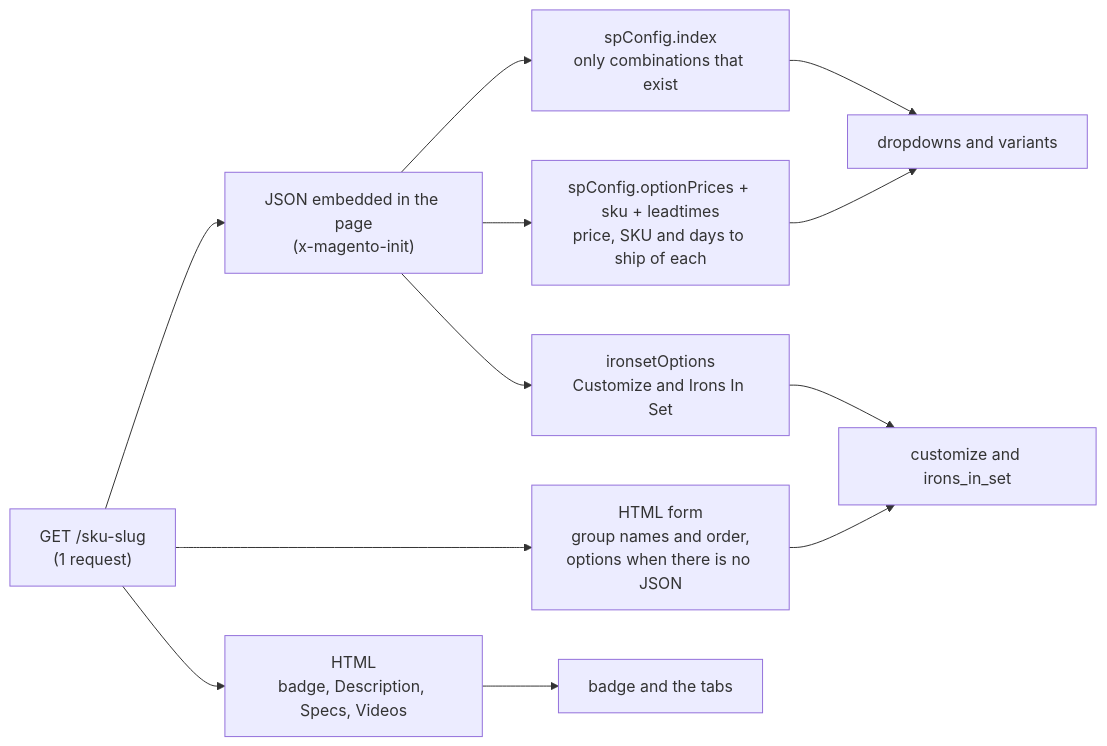
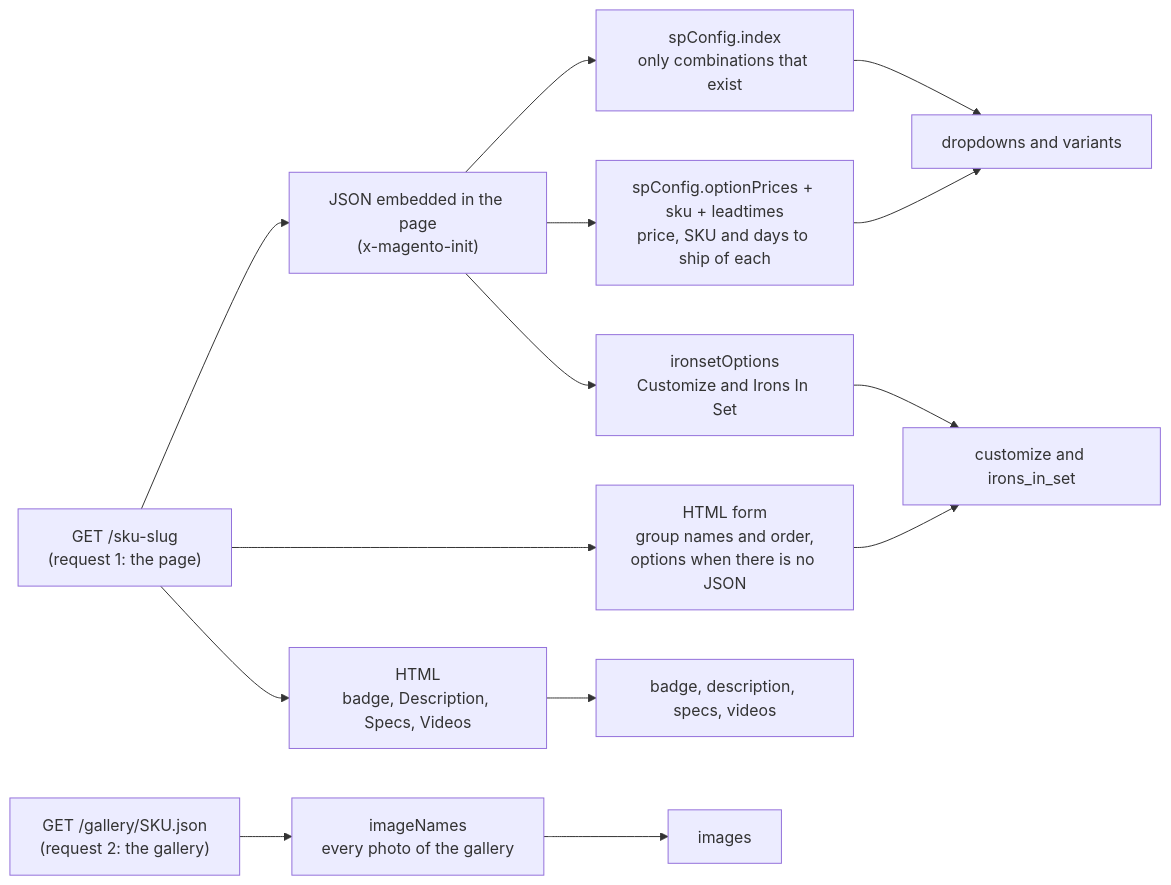
The first of 3 diagrams in DOCUMENTATION.md (RLFreddy/retail-acquisition-engine), drawn with Mermaid before and after one commit. The commit also changed other lines of this file and 1 other file, not shown here.

````diff
--- a/DOCUMENTATION.md
+++ b/DOCUMENTATION.md
@@ -127,12 +130,14 @@
 ```mermaid
 flowchart LR
-    A["GET /sku-slug<br/>(1 request)"] --> B["JSON embedded in the page<br/>(x-magento-init)"]
+    A["GET /sku-slug<br/>(request 1: the page)"] --> B["JSON embedded in the page<br/>(x-magento-init)"]
     B --> C["spConfig.index<br/>only combinations that exist"]
     B --> D["spConfig.optionPrices + sku + leadtimes<br/>price, SKU and days to ship of each"]
     B --> E["ironsetOptions<br/>Customize and Irons In Set"]
     A --> F["HTML form<br/>group names and order,<br/>options when there is no JSON"]
     A --> G["HTML<br/>badge, Description, Specs, Videos"]
+    H["GET /gallery/SKU.json<br/>(request 2: the gallery)"] --> I["imageNames<br/>every photo of the gallery"]
     C & D --> V[dropdowns and variants]
     E & F --> K[customize and irons_in_set]
-    G --> P[badge and the tabs]
+    G --> P[badge, description, specs, videos]
+    I --> M[images]
 ```
````
